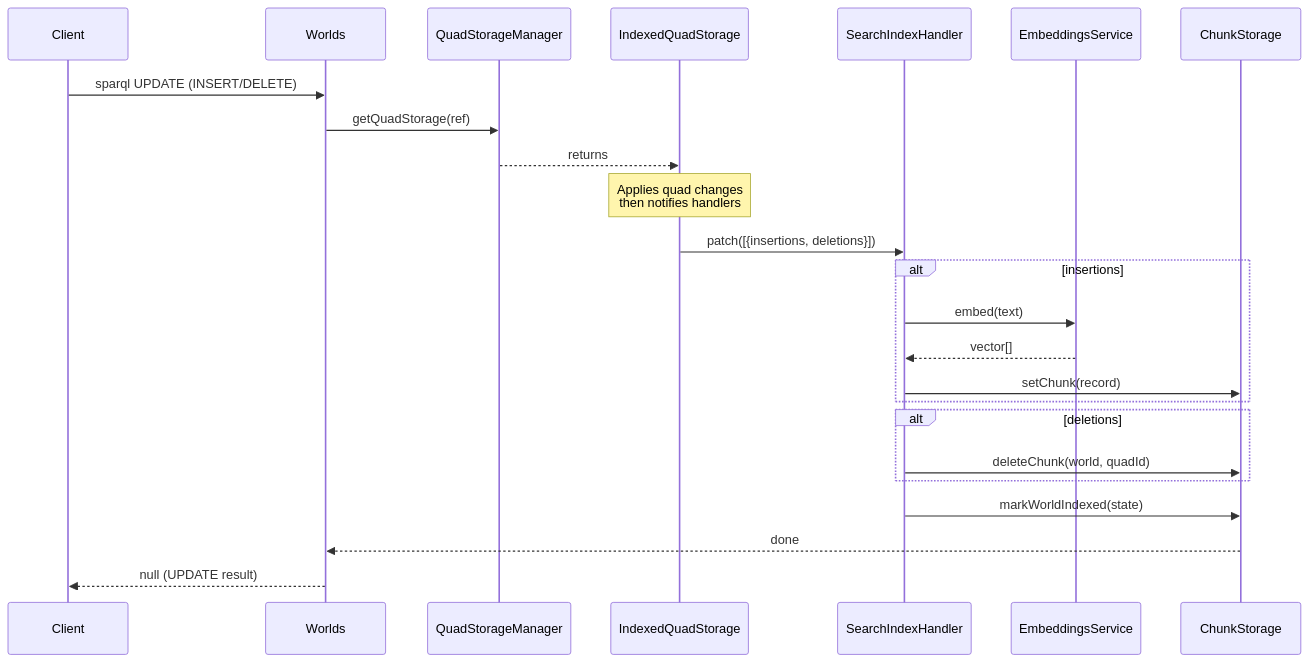
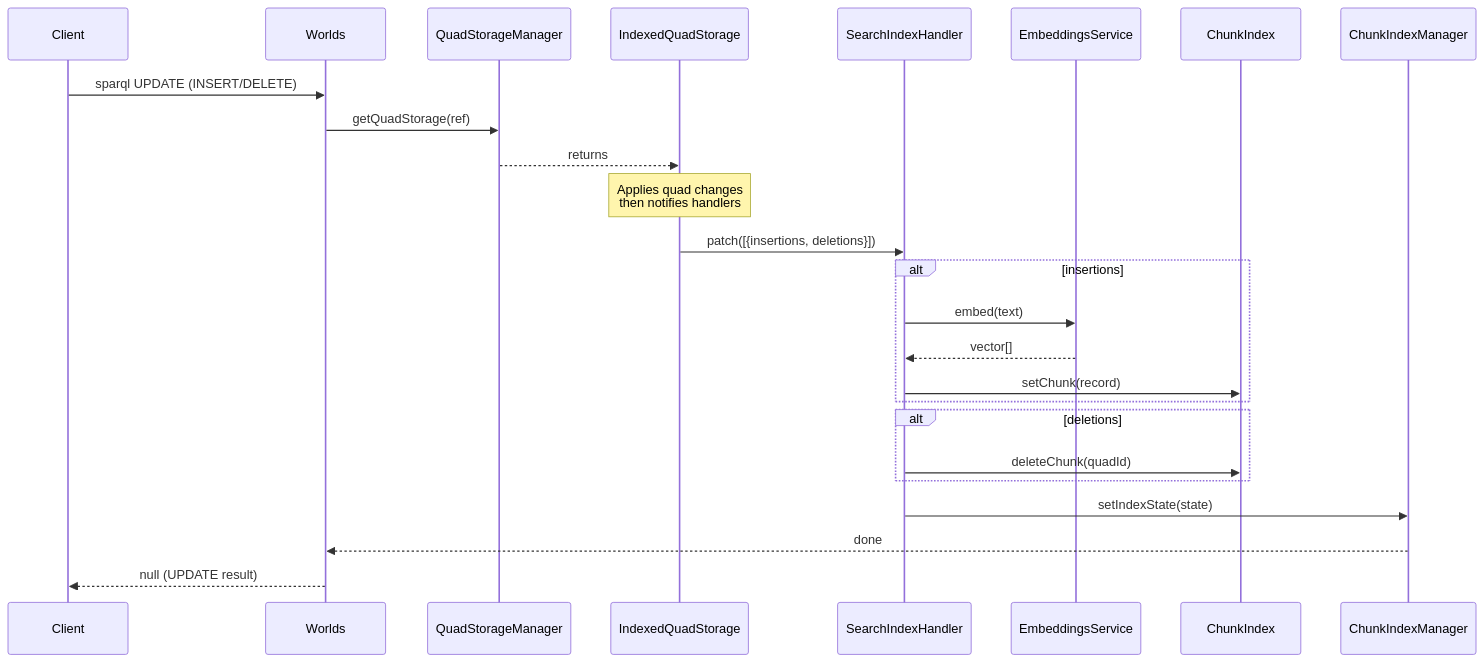
The second of 5 diagrams in docs/ARCHITECTURE.md (wazootech/worlds-api), drawn with Mermaid before and after one commit. The commit also changed other lines of this file, not shown here.

First line of the commit message:
docs: align architecture diagrams with chunk index

````diff
--- a/docs/ARCHITECTURE.md
+++ b/docs/ARCHITECTURE.md
@@ -150,32 +154,33 @@
 ```mermaid
 sequenceDiagram
     participant Client
     participant Worlds
     participant QuadStorageManager
     participant IndexedQuadStorage
     participant SearchIndexHandler
     participant EmbeddingsService
-    participant ChunkStorage
+    participant ChunkIndex
+    participant ChunkIndexManager
     
     Client->>Worlds: sparql UPDATE (INSERT/DELETE)
     Worlds->>QuadStorageManager: getQuadStorage(ref)
     QuadStorageManager-->>IndexedQuadStorage: returns
     
     Note over IndexedQuadStorage: Applies quad changes<br/>then notifies handlers
     
     IndexedQuadStorage->>SearchIndexHandler: patch([{insertions, deletions}])
     
     alt insertions
         SearchIndexHandler->>EmbeddingsService: embed(text)
         EmbeddingsService-->>SearchIndexHandler: vector[]
-        SearchIndexHandler->>ChunkStorage: setChunk(record)
+        SearchIndexHandler->>ChunkIndex: setChunk(record)
     end
     
     alt deletions
-        SearchIndexHandler->>ChunkStorage: deleteChunk(world, quadId)
+        SearchIndexHandler->>ChunkIndex: deleteChunk(quadId)
     end
     
-    SearchIndexHandler->>ChunkStorage: markWorldIndexed(state)
-    ChunkStorage-->>Worlds: done
+    SearchIndexHandler->>ChunkIndexManager: setIndexState(state)
+    ChunkIndexManager-->>Worlds: done
     Worlds-->>Client: null (UPDATE result)
 ```
````
